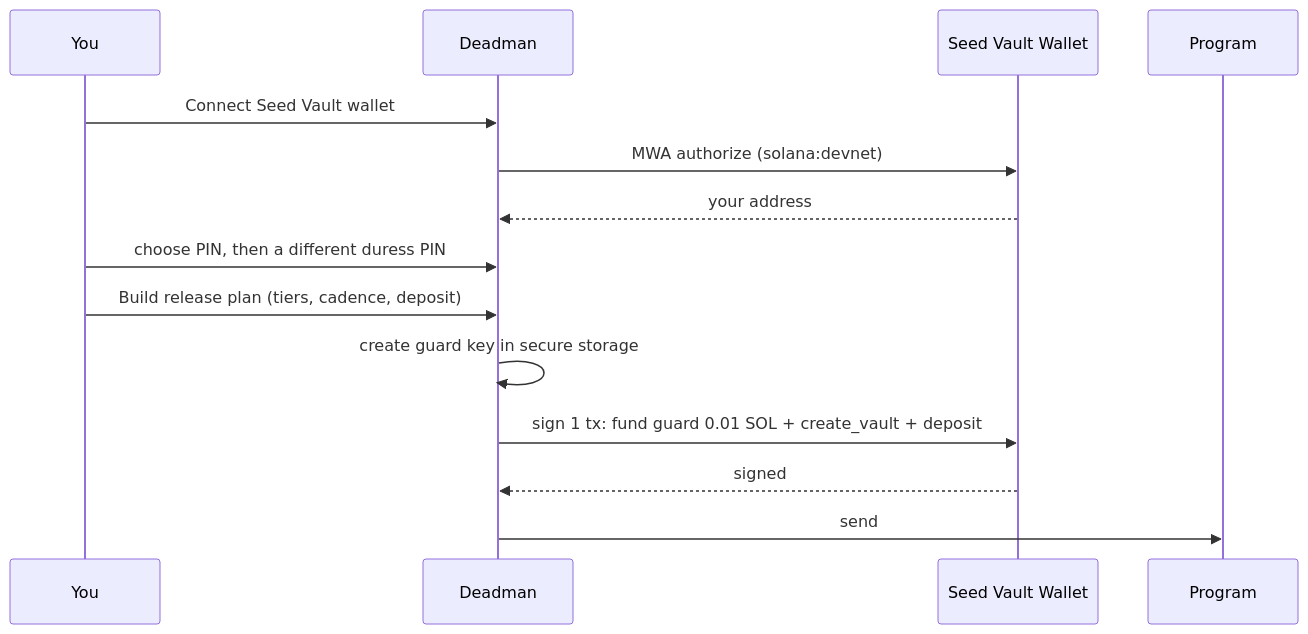
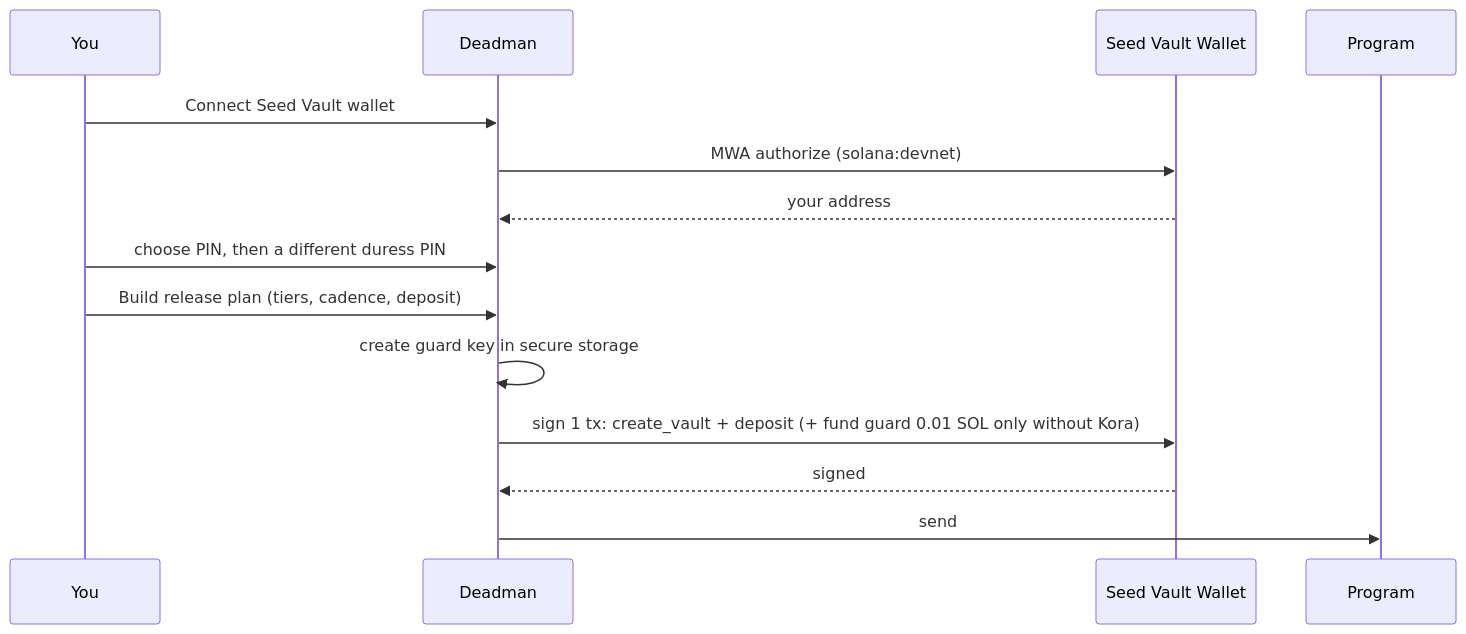
One commit to GabrielNeugebauer/deadman changed the second of 3 diagrams in docs/HOW_IT_WORKS.md. Above: the diagram before and after it, drawn with Mermaid. The commit also changed other lines of this file and 31 other files, not shown here.

````diff
--- a/docs/HOW_IT_WORKS.md
+++ b/docs/HOW_IT_WORKS.md
@@ -148,16 +149,16 @@
 ```mermaid
 sequenceDiagram
   participant U as You
   participant A as Deadman
   participant W as Seed Vault Wallet
   participant P as Program
   U->>A: Connect Seed Vault wallet
   A->>W: MWA authorize (solana:devnet)
   W-->>A: your address
   U->>A: choose PIN, then a different duress PIN
   U->>A: Build release plan (tiers, cadence, deposit)
   A->>A: create guard key in secure storage
-  A->>W: sign 1 tx: fund guard 0.01 SOL + create_vault + deposit
+  A->>W: sign 1 tx: create_vault + deposit (+ fund guard 0.01 SOL only without Kora)
   W-->>A: signed
   A->>P: send
 ```
````
